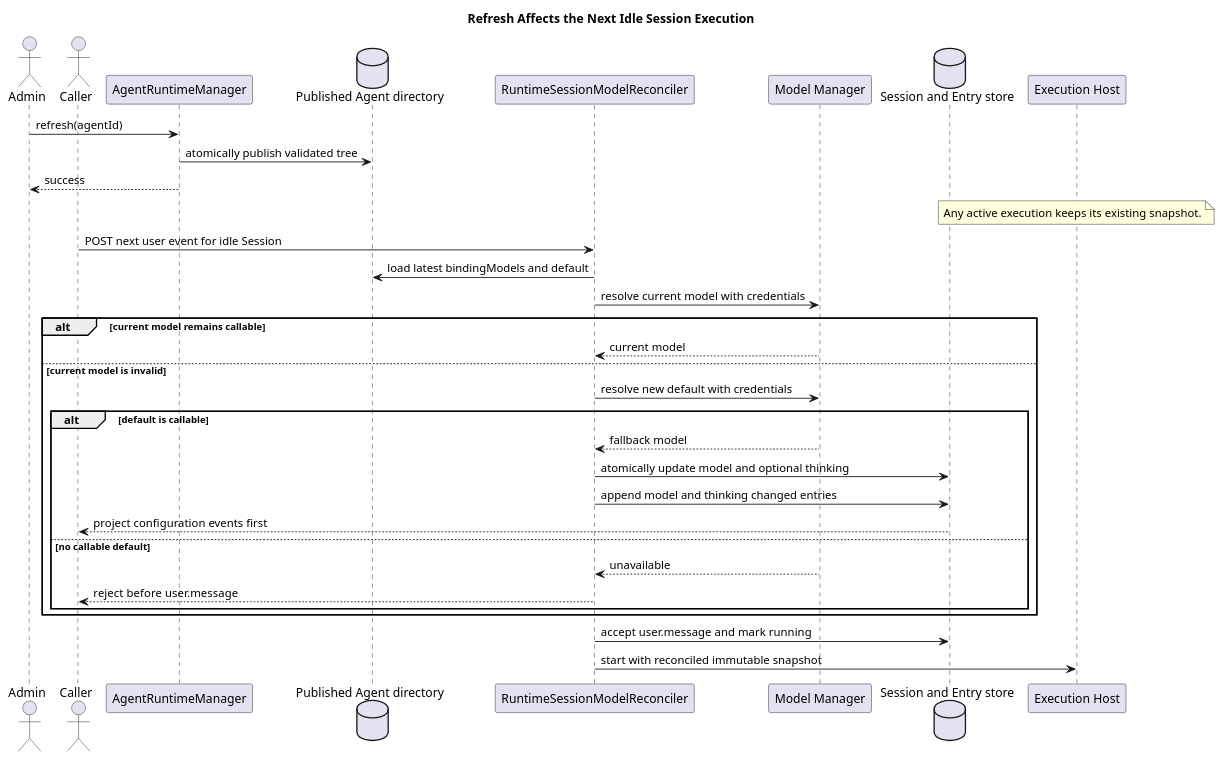
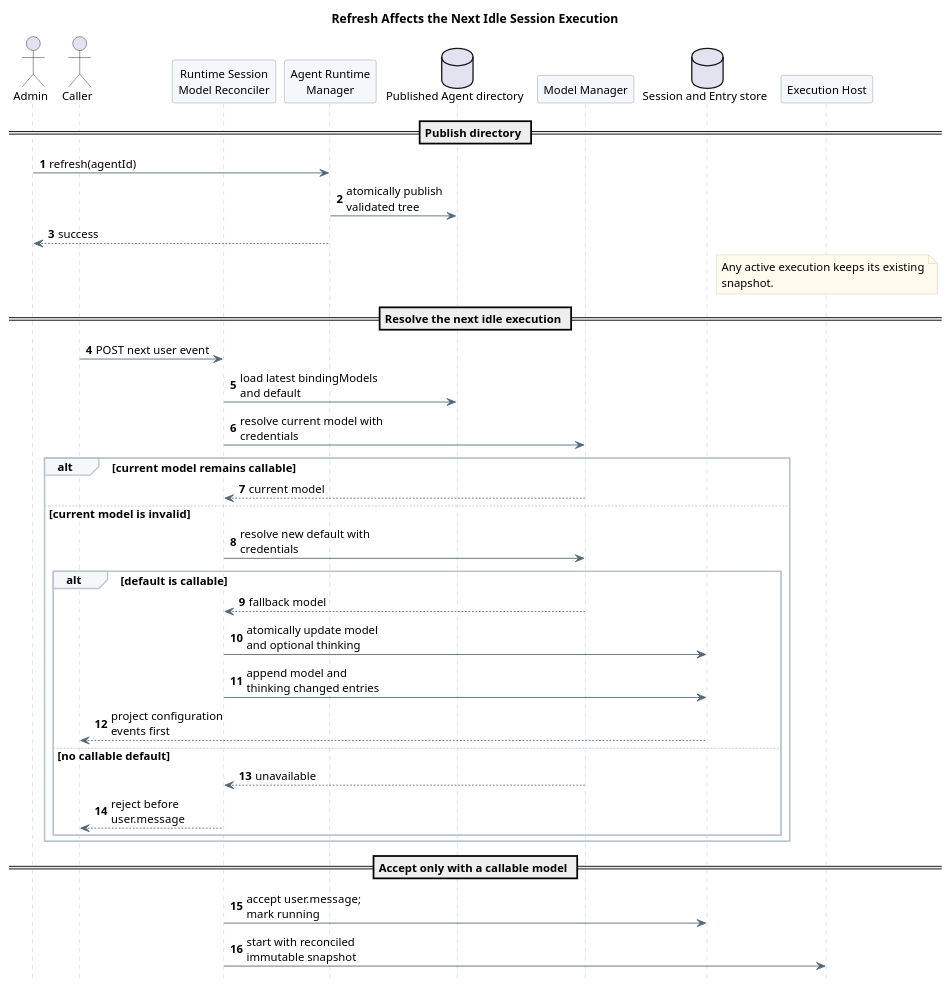
One commit to ssm0808/pi-mono-java-design changed diagram 11 of 11 in 01-总体架构/02-CampusClaw工具系统/diagram.puml. Above: the diagram before and after it, drawn with PlantUML. The commit also changed other lines of this file and 212 other files, not shown here.

Commit message:
docs(design): 精简模块文档并重排全仓设计图

```diff
--- a/01-总体架构/02-CampusClaw工具系统/diagram.puml
+++ b/01-总体架构/02-CampusClaw工具系统/diagram.puml
@@ -707,45 +826,64 @@
 @startuml refresh_next_execution
+skinparam backgroundColor white
+skinparam defaultFontName SansSerif
+skinparam defaultFontSize 13
+skinparam shadowing false
+skinparam sequenceMessageAlign left
+skinparam maxMessageSize 165
+skinparam sequenceArrowColor #526777
+skinparam sequenceLifeLineBorderColor #BAC4CC
+skinparam sequenceParticipantBackgroundColor #F5F7FA
+skinparam sequenceParticipantBorderColor #8496A4
+skinparam sequenceGroupBackgroundColor #F5F7FA
+skinparam sequenceGroupBorderColor #BAC4CC
+skinparam noteBackgroundColor #FFFBEF
+skinparam noteBorderColor #D2C6A5
+hide footbox
+autonumber
 title Refresh Affects the Next Idle Session Execution
-skinparam shadowing false
 
 ' Source evidence (CampusClaw PR 167 f60cc3e): AgentRuntimeManager refresh and Runtime Session store.
 ' Target-only Java design: RuntimeSessionModelReconciler runs before accepting user.message.
 ' Architecture change: refresh does not mutate an active execution snapshot.
 ' Design reason: make directory publication atomic while preserving execution consistency.
 
 actor Admin
 actor Caller
-participant "AgentRuntimeManager" as Runtime
+participant "Runtime Session\nModel Reconciler" as Reconciler
+participant "Agent Runtime\nManager" as Runtime
 database "Published Agent directory" as Directory
-participant "RuntimeSessionModelReconciler" as Reconciler
 participant "Model Manager" as Models
 database "Session and Entry store" as Store
 participant "Execution Host" as Host
 
+== Publish directory ==
 Admin -> Runtime : refresh(agentId)
 Runtime -> Directory : atomically publish validated tree
 Runtime --> Admin : success
 note over Host
-Any active execution keeps its existing snapshot.
+  Any active execution keeps its existing
+  snapshot.
 end note
 
-Caller -> Reconciler : POST next user event for idle Session
+== Resolve the next idle execution ==
+Caller -> Reconciler : POST next user event
 Reconciler -> Directory : load latest bindingModels and default
 Reconciler -> Models : resolve current model with credentials
 alt current model remains callable
   Models --> Reconciler : current model
 else current model is invalid
   Reconciler -> Models : resolve new default with credentials
   alt default is callable
     Models --> Reconciler : fallback model
     Reconciler -> Store : atomically update model and optional thinking
     Reconciler -> Store : append model and thinking changed entries
     Store --> Caller : project configuration events first
   else no callable default
     Models --> Reconciler : unavailable
     Reconciler --> Caller : reject before user.message
   end
 end
-Reconciler -> Store : accept user.message and mark running
+== Accept only with a callable model ==
+Reconciler -> Store : accept user.message; mark running
 Reconciler -> Host : start with reconciled immutable snapshot
 @enduml
```
